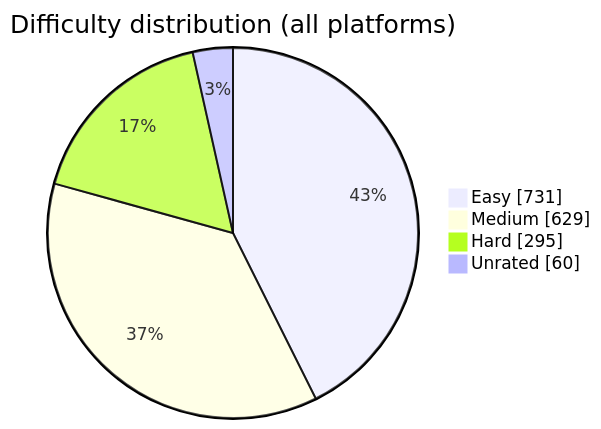
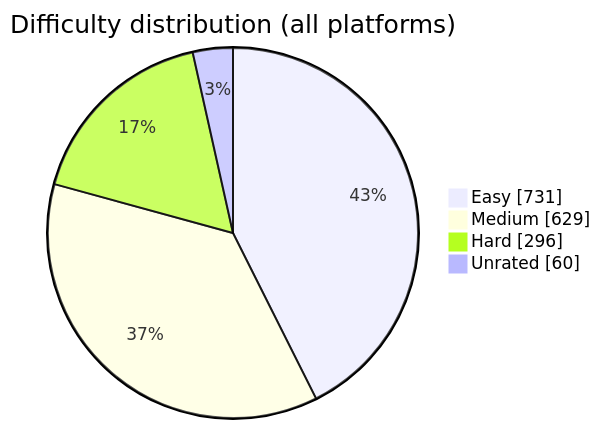
The diagram in README.md (BuildbyArindam/Daily-Coding-Log), drawn with Mermaid before and after one commit. The commit also changed other lines of this file, not shown here.

````diff
--- a/README.md
+++ b/README.md
@@ -93,7 +93,7 @@
 ```mermaid
 pie showData title Difficulty distribution (all platforms)
     "Easy" : 731
     "Medium" : 629
-    "Hard" : 295
+    "Hard" : 296
     "Unrated" : 60
 ```
````
